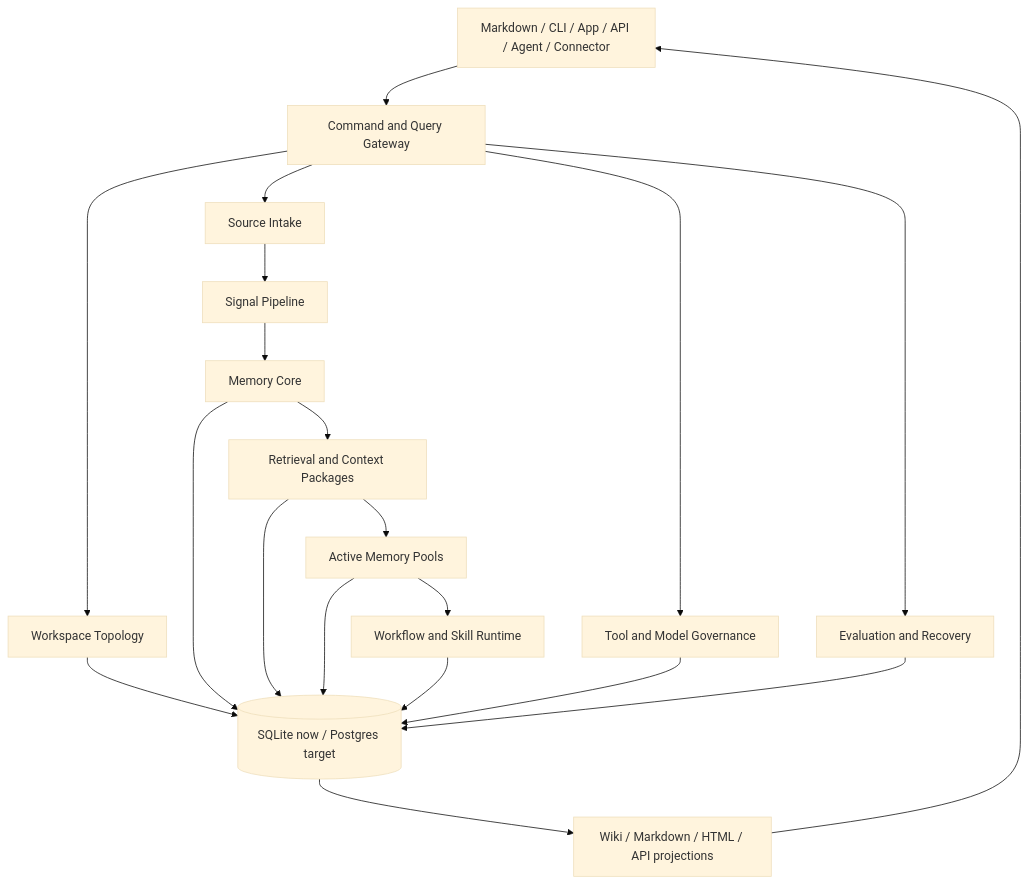
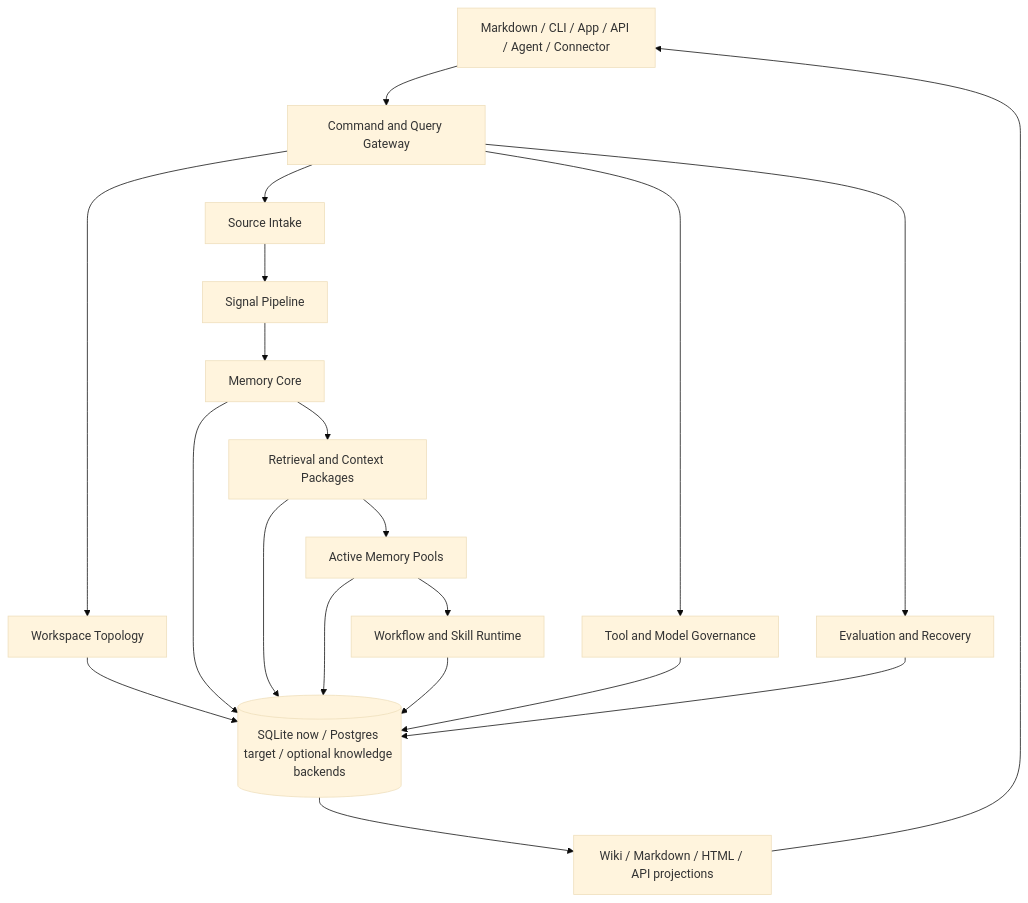
One commit to Miosa-osa/OptimalEngine changed the second of 3 diagrams in README.md. Above: the diagram before and after it, drawn with Mermaid (base theme). The commit also changed other lines of this file and 1709 other files, not shown here.

````diff
--- a/README.md
+++ b/README.md
@@ -226,37 +247,37 @@
 ```mermaid
 flowchart TB
   Surfaces[Markdown / CLI / App / API / Agent / Connector]
   Gateway[Command and Query Gateway]
   Topology[Workspace Topology]
   Intake[Source Intake]
   Signal[Signal Pipeline]
   Memory[Memory Core]
   Retrieval[Retrieval and Context Packages]
   Pools[Active Memory Pools]
   Workflow[Workflow and Skill Runtime]
   Governance[Tool and Model Governance]
   Eval[Evaluation and Recovery]
-  Store[(SQLite now / Postgres target)]
+  Store[(SQLite now / Postgres target / optional knowledge backends)]
   Export[Wiki / Markdown / HTML / API projections]
 
   Surfaces --> Gateway
   Gateway --> Topology
   Gateway --> Intake
   Intake --> Signal
   Signal --> Memory
   Memory --> Retrieval
   Retrieval --> Pools
   Pools --> Workflow
   Gateway --> Governance
   Gateway --> Eval
 
   Topology --> Store
   Memory --> Store
   Retrieval --> Store
   Pools --> Store
   Workflow --> Store
   Governance --> Store
   Eval --> Store
   Store --> Export
   Export --> Surfaces
 ```
````
